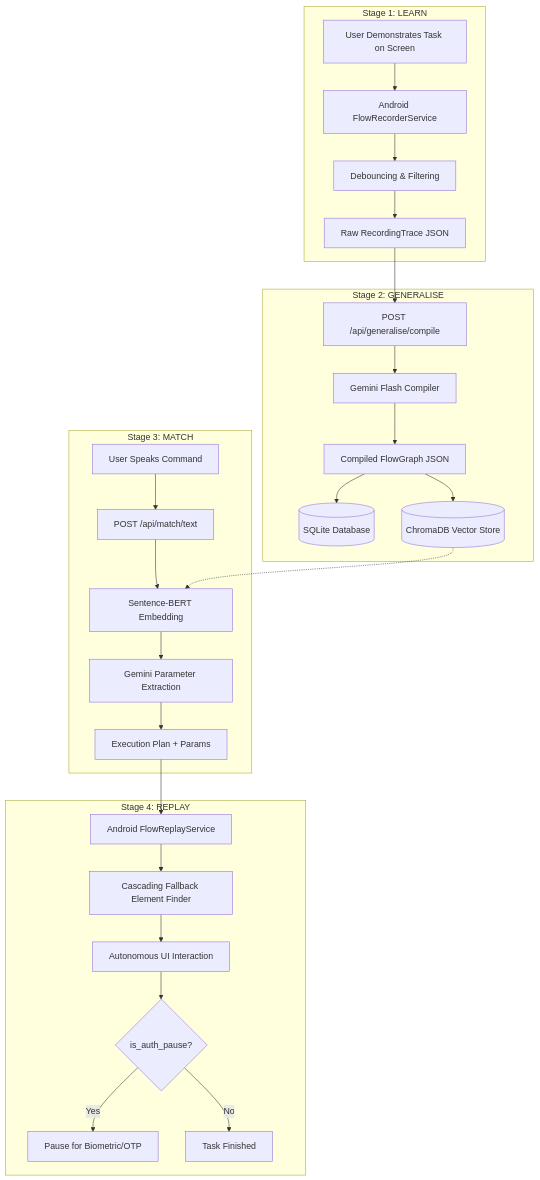
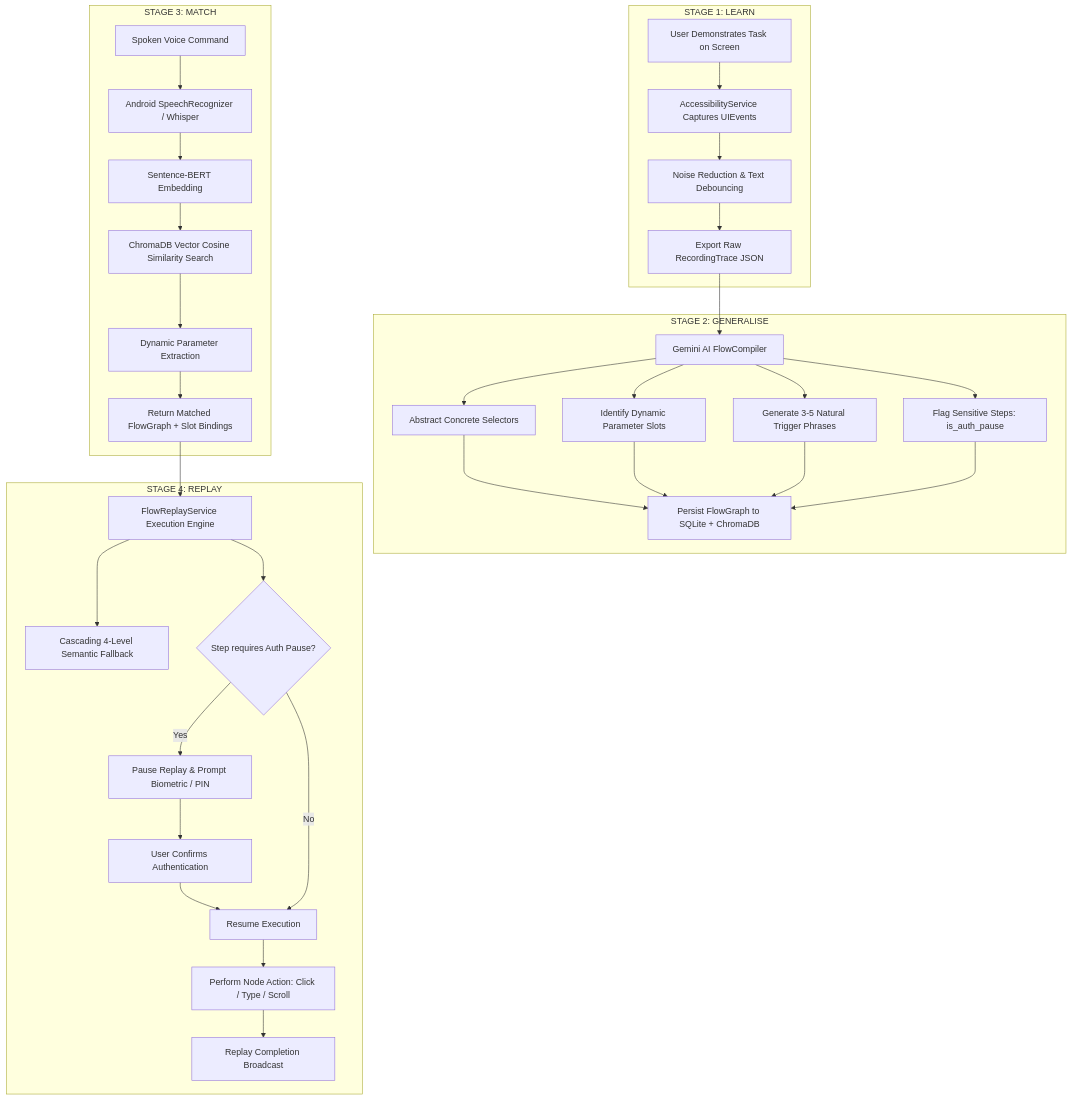
The first of 2 diagrams in docs/ARCHITECTURE.md (parthjaina2107/FlowPilot), drawn with Mermaid before and after one commit. The commit also changed other lines of this file and 4 other files, not shown here.

Commit message:
docs: add comprehensive architecture, API specification, benchmark results, and pitch guide

````diff
--- a/docs/ARCHITECTURE.md
+++ b/docs/ARCHITECTURE.md
@@ -13,33 +12,37 @@
 ```mermaid
 graph TD
-    subgraph 1. LEARN [Stage 1: LEARN]
-        UserAction[User Demonstrates Task on Screen] --> A11yCapture[Android FlowRecorderService]
-        A11yCapture --> EventDebounce[Debouncing & Filtering]
-        EventDebounce --> RawTrace[Raw RecordingTrace JSON]
+    subgraph STAGE 1: LEARN
+        A[User Demonstrates Task on Screen] --> B[AccessibilityService Captures UIEvents]
+        B --> C[Noise Reduction & Text Debouncing]
+        C --> D[Export Raw RecordingTrace JSON]
     end
 
-    subgraph 2. GENERALISE [Stage 2: GENERALISE]
-        RawTrace --> FastAPIGeneralise[POST /api/generalise/compile]
-        FastAPIGeneralise --> GeminiFlash[Gemini Flash Compiler]
-        GeminiFlash --> FlowGraph[Compiled FlowGraph JSON]
-        FlowGraph --> SQLite[(SQLite Database)]
-        FlowGraph --> ChromaDB[(ChromaDB Vector Store)]
+    subgraph STAGE 2: GENERALISE
+        D --> E[Gemini AI FlowCompiler]
+        E --> F[Abstract Concrete Selectors]
+        E --> G[Identify Dynamic Parameter Slots]
+        E --> H[Generate 3-5 Natural Trigger Phrases]
+        E --> I[Flag Sensitive Steps: is_auth_pause]
+        F & G & H & I --> J[Persist FlowGraph to SQLite + ChromaDB]
     end
 
-    subgraph 3. MATCH [Stage 3: MATCH]
-        VoiceCmd[User Speaks Command] --> MatchEndpoint[POST /api/match/text]
-        MatchEndpoint --> ChromaQuery[Sentence-BERT Embedding]
-        ChromaDB -.-> ChromaQuery
-        ChromaQuery --> ExtractParam[Gemini Parameter Extraction]
-        ExtractParam --> MatchedPlan[Execution Plan + Params]
+    subgraph STAGE 3: MATCH
+        K[Spoken Voice Command] --> L[Android SpeechRecognizer / Whisper]
+        L --> M[Sentence-BERT Embedding]
+        M --> N[ChromaDB Vector Cosine Similarity Search]
+        N --> O[Dynamic Parameter Extraction]
+        O --> P[Return Matched FlowGraph + Slot Bindings]
     end
 
-    subgraph 4. REPLAY [Stage 4: REPLAY]
-        MatchedPlan --> FlowReplayService[Android FlowReplayService]
-        FlowReplayService --> CascadingFinder[Cascading Fallback Element Finder]
-        CascadingFinder --> ExecuteActions[Autonomous UI Interaction]
-        ExecuteActions --> AuthGate{is_auth_pause?}
-        AuthGate -- Yes --> PromptUser[Pause for Biometric/OTP]
-        AuthGate -- No --> Complete[Task Finished]
+    subgraph STAGE 4: REPLAY
+        P --> Q[FlowReplayService Execution Engine]
+        Q --> R[Cascading 4-Level Semantic Fallback]
+        Q --> S{Step requires Auth Pause?}
+        S -- Yes --> T[Pause Replay & Prompt Biometric / PIN]
+        T --> U[User Confirms Authentication]
+        U --> V[Resume Execution]
+        S -- No --> V
+        V --> W[Perform Node Action: Click / Type / Scroll]
+        W --> X[Replay Completion Broadcast]
     end
 ```
````
